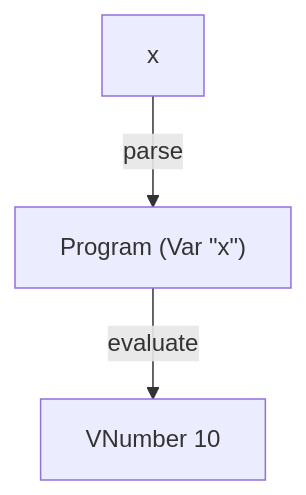
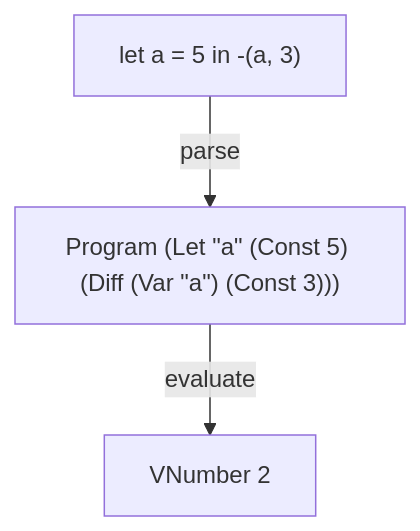
Before and after one commit to tinyinterpreters/let: the diagram in README.md, drawn with Mermaid. The commit also changed other lines of this file, not shown here.

````diff
--- a/README.md
+++ b/README.md
@@ -9,5 +9,5 @@
 ```mermaid
 flowchart TD
-    A["x"] -->|parse| B["Program (Var #quot;x#quot;)"]
-    B -->|evaluate| C["VNumber 10"]
+    A["let a = 5 in -(a, 3)"] -->|parse| B["Program (Let #quot;a#quot; (Const 5) (Diff (Var #quot;a#quot;) (Const 3)))"]
+    B -->|evaluate| C["VNumber 2"]
 ```
````
